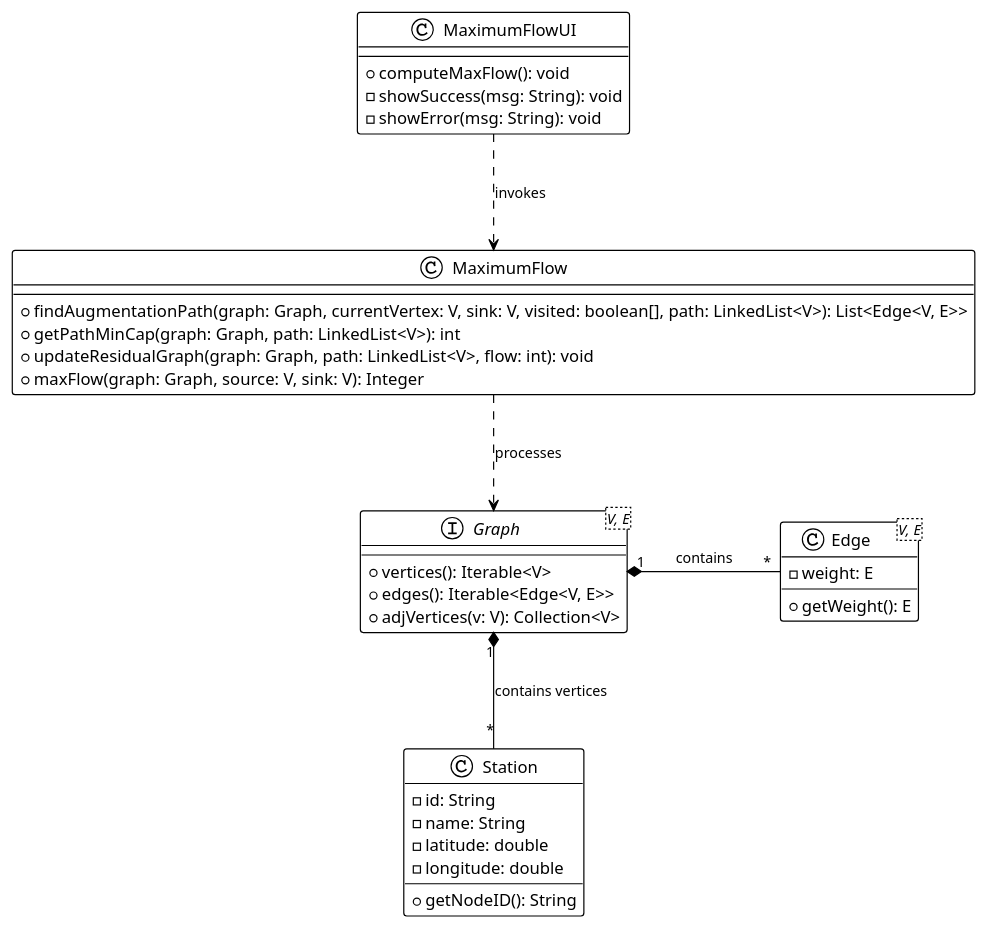
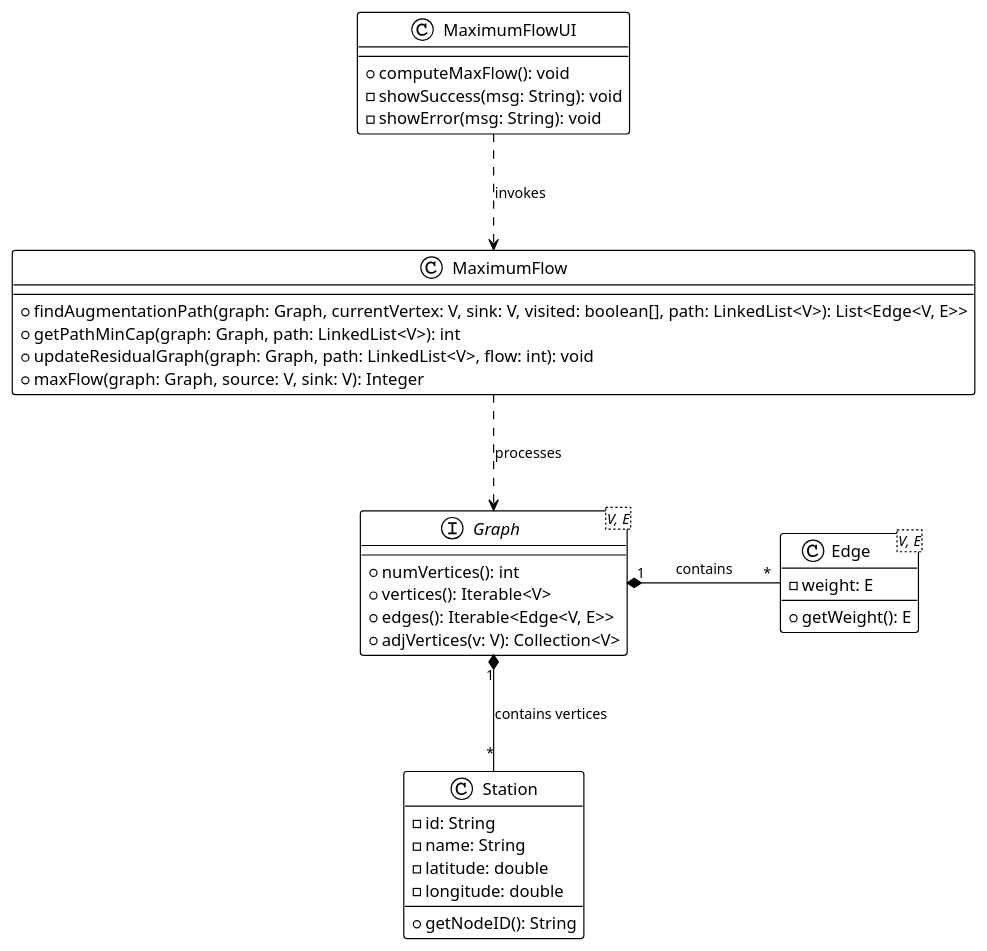
The diagram in doc/sprint-3/usei14/02.analysis/puml/USEI14-DM.puml (ivasduarte/logistics-on-rails), drawn with PlantUML before and after one commit. The commit also changed 5 other files, not shown here.

```diff
--- a/doc/sprint-3/usei14/02.analysis/puml/USEI14-DM.puml
+++ b/doc/sprint-3/usei14/02.analysis/puml/USEI14-DM.puml
@@ -1,51 +1,52 @@
 @startuml
 
 !theme plain
 skinparam classAttributeSize 0
 skinparam defaultTextAlignment center
 skinparam packageStyle rectangle
 skinparam Shadowing false
 skinparam ArrowFontSize 12
 skinparam nodesep 80
 skinparam ranksep 80
 
 class MaximumFlowUI {
     + computeMaxFlow(): void
     - showSuccess(msg: String): void
     - showError(msg: String): void
 }
 
 class MaximumFlow {
     + findAugmentationPath(graph: Graph, currentVertex: V, sink: V, visited: boolean[], path: LinkedList<V>): List<Edge<V, E>>
     + getPathMinCap(graph: Graph, path: LinkedList<V>): int
     + updateResidualGraph(graph: Graph, path: LinkedList<V>, flow: int): void
     + maxFlow(graph: Graph, source: V, sink: V): Integer
 }
 
 class Station {
     - id: String
     - name: String
     - latitude: double
     - longitude: double
     + getNodeID(): String
 }
 
 interface Graph<V, E> {
+    + numVertices(): int
     + vertices(): Iterable<V>
     + edges(): Iterable<Edge<V, E>>
     + adjVertices(v: V): Collection<V>
 }
 
 class Edge<V, E> {
     - weight: E
     + getWeight(): E
 }
 
 MaximumFlowUI ..> MaximumFlow : invokes
 
 MaximumFlow ..> Graph : processes
 
 Graph "1" *- "*" Edge : contains
 Graph "1" *-- "*" Station : contains vertices
 
 @enduml
```
